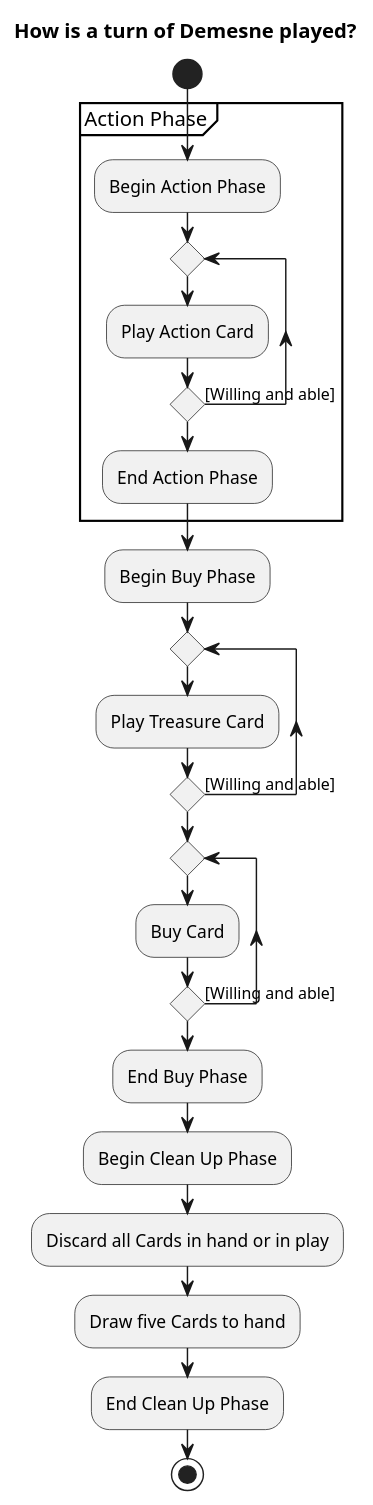
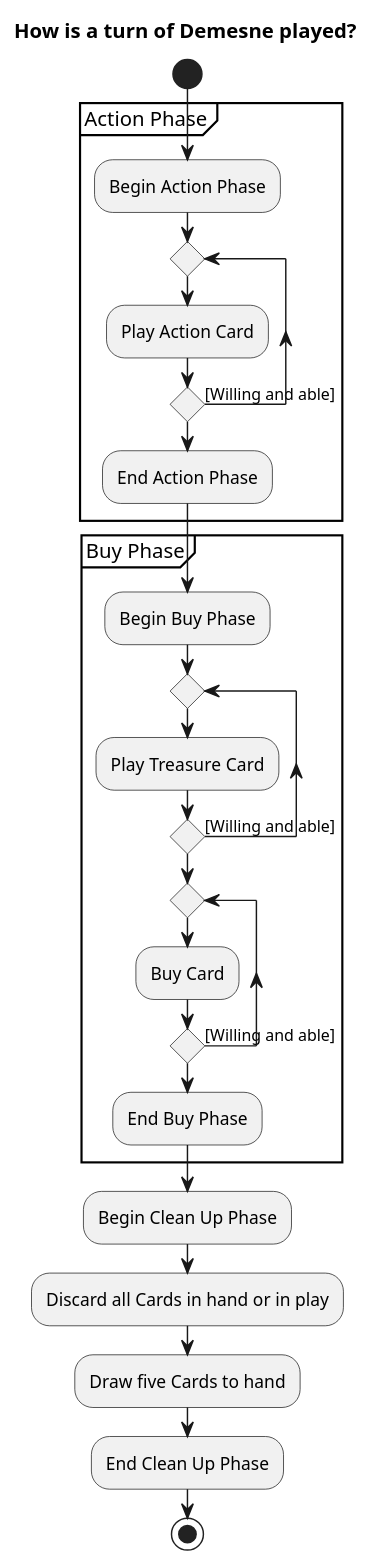
The diagram in diagrams/turn-activity.puml (qwwqe/demesne), drawn with PlantUML before and after one commit. The commit also changed 1 other file, not shown here.

Commit message:
Wrap Buy Phase in partition

```diff
--- a/diagrams/turn-activity.puml
+++ b/diagrams/turn-activity.puml
@@ -1,38 +1,40 @@
 @startuml
 title How is a turn of Demesne played?
 
 start
 
 partition Action Phase {
   :Begin Action Phase;
 
   repeat
     :Play Action Card;
   repeat while () is ([Willing and able])
 
   :End Action Phase;
 }
 
-:Begin Buy Phase;
+partition Buy Phase {
+  :Begin Buy Phase;
 
-repeat
+  repeat
     :Play Treasure Card;
-repeat while () is ([Willing and able])
+  repeat while () is ([Willing and able])
 
-repeat
+  repeat
     :Buy Card;
-repeat while () is ([Willing and able])
+  repeat while () is ([Willing and able])
 
-:End Buy Phase;
+  :End Buy Phase;
+}
 
 :Begin Clean Up Phase;
 
 :Discard all Cards in hand or in play;
 
 :Draw five Cards to hand;
 
 :End Clean Up Phase;
 
 stop
 
 @enduml
```
